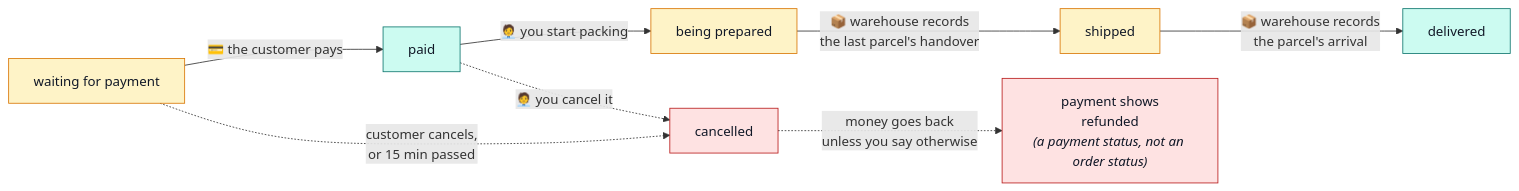
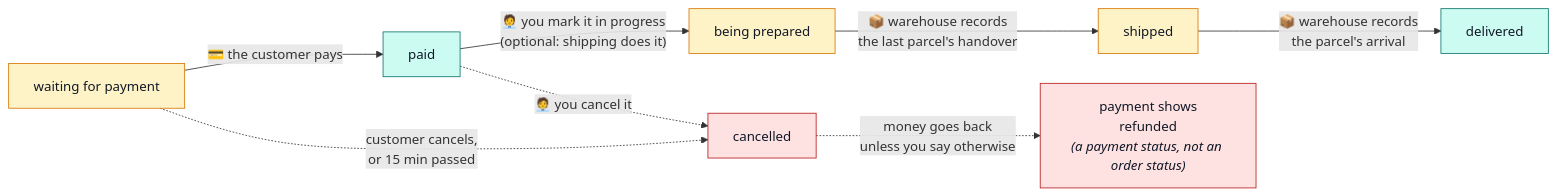
One commit to Guebbit/boilerplate-node-backend changed the first of 4 diagrams in docs/demo-ecommerce/manager.md. Above: the diagram before and after it, drawn with Mermaid. The commit also changed 22 other files, not shown here.

````diff
--- a/docs/demo-ecommerce/manager.md
+++ b/docs/demo-ecommerce/manager.md
@@ -20,18 +20,18 @@
 ```mermaid
 %%{init: {'flowchart': {'nodeSpacing': 30, 'rankSpacing': 55}}}%%
 flowchart LR
     P["waiting for payment"] -->|"💳 the customer pays"| PA["paid"]
-    PA -->|"🧑‍💼 you start packing"| PR["being prepared"]
+    PA -->|"🧑‍💼 you mark it in progress<br/>(optional: shipping does it)"| PR["being prepared"]
     PR -->|"📦 warehouse records<br/>the last parcel's handover"| SH["shipped"]
     SH -->|"📦 warehouse records<br/>the parcel's arrival"| DE["delivered"]
     P -.->|"customer cancels,<br/>or 15 min passed"| CA["cancelled"]
     PA -.->|"🧑‍💼 you cancel it"| CA
     CA -.->|"money goes back<br/>unless you say otherwise"| RF["payment shows<br/>refunded<br/><i>(a payment status, not an order status)</i>"]
 
     classDef open fill:#fef3c7,stroke:#d97706,color:#111827;
     classDef done fill:#ccfbf1,stroke:#0f766e,color:#111827;
     classDef bad fill:#fee2e2,stroke:#b91c1c,color:#111827;
     class P,PR,SH open;
     class PA,DE done;
     class CA,RF bad;
 ```
````
